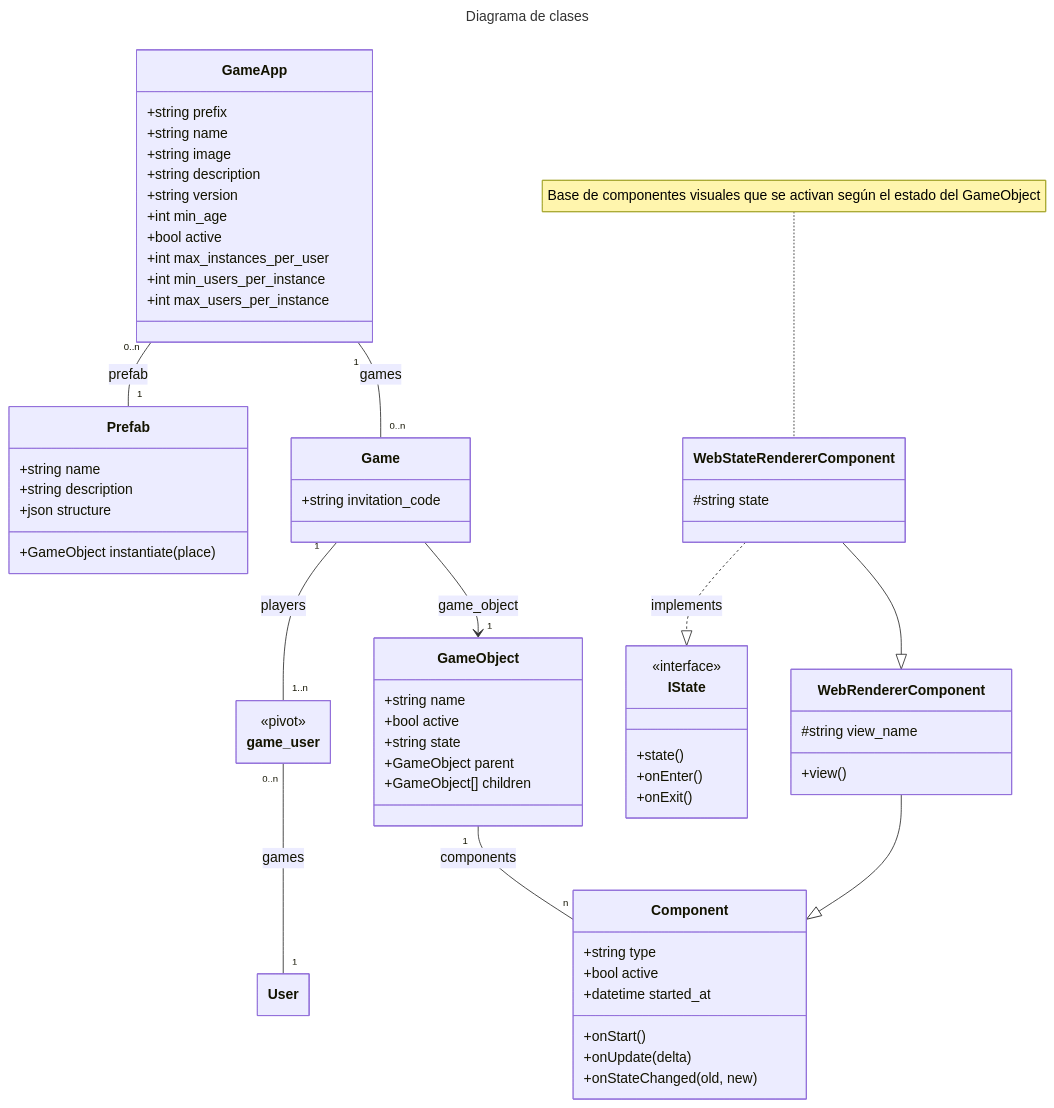
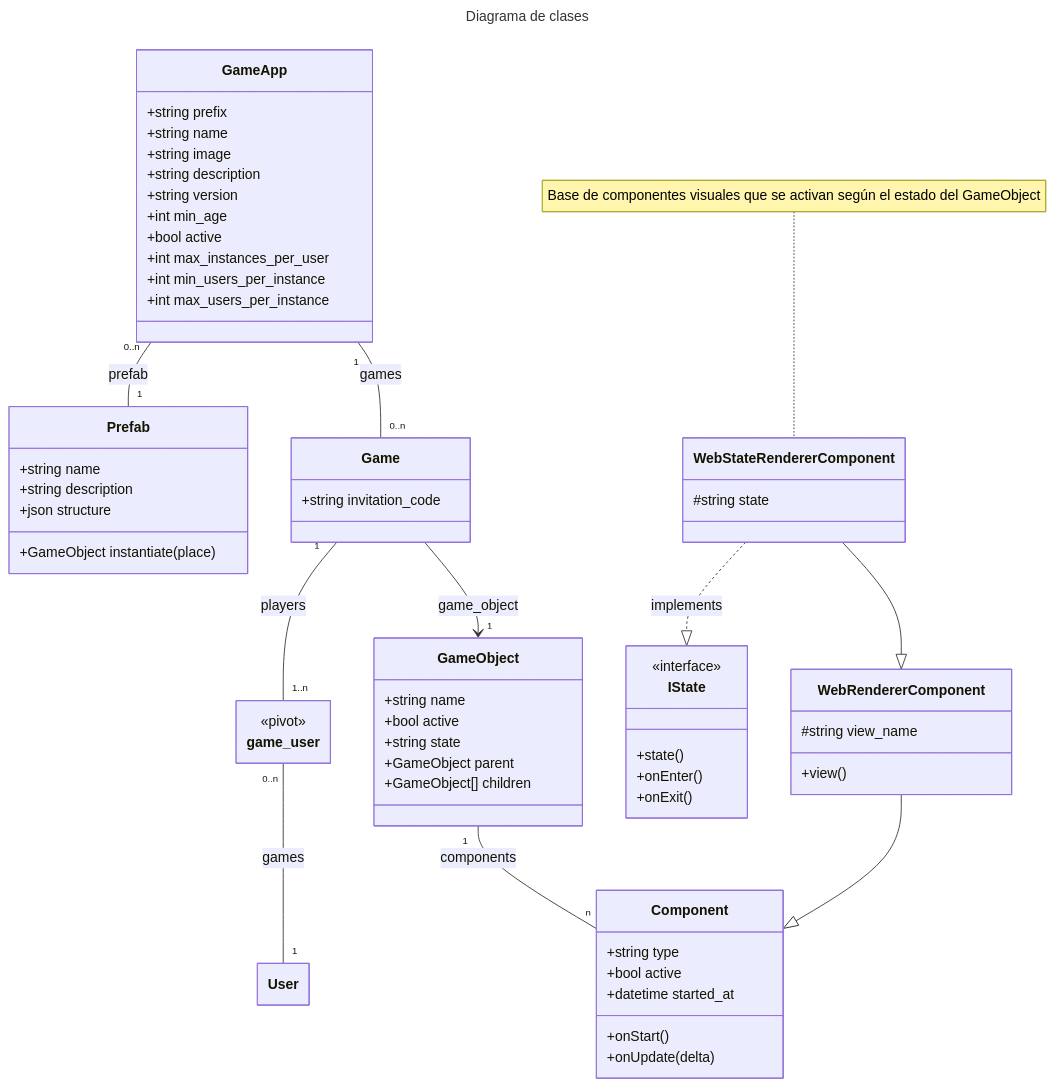
One commit to eormeno/base-project changed the first of 2 diagrams in docs/class_diagrams.md. Above: the diagram before and after it, drawn with Mermaid. The commit also changed 17 other files, not shown here.

````diff
--- a/docs/class_diagrams.md
+++ b/docs/class_diagrams.md
@@ -1,74 +1,73 @@
 ```mermaid
 ---
 title: Diagrama de clases
 config:
     class:
         hideEmptyMembersBox: true
 ---
 classDiagram
     direction TD
     note for WebStateRendererComponent "Base de componentes visuales que se activan según el estado del GameObject"
     class User {
     }
     class GameApp {
         +string prefix
         +string name
         +string image
         +string description
         +string version
         +int min_age
         +bool active
         +int max_instances_per_user
         +int min_users_per_instance
         +int max_users_per_instance
     }
     class Game {
         +string invitation_code
     }
     class game_user {
         <<pivot>>
     }
     class Prefab {
         +string name
         +string description
         +json structure
         +GameObject instantiate(place)
     }
     class GameObject {
         +string name
         +bool active
         +string state
         +GameObject parent
         +GameObject[] children
     }
     class Component {
         +string type
         +bool active
         +datetime started_at
         +onStart()
         +onUpdate(delta)
-        +onStateChanged(old, new)
     }
     class WebRendererComponent {
         #string view_name
         +view()
     }
     class WebStateRendererComponent {
         #string state
     }
     class IState {
         <<interface>>
         +state()
         +onEnter()
         +onExit()
     }
     Game --> "1" GameObject : game_object
     GameObject "1" -- "n" Component : components
     GameApp "1" -- "0..n" Game : games
     Game "1" -- "1..n" game_user : players
     GameApp "0..n" -- "1" Prefab : prefab
     game_user "0..n" -- "1" User : games
     WebRendererComponent --|> Component
     WebStateRendererComponent --|> WebRendererComponent
     WebStateRendererComponent ..|> IState : implements
 ```
````
